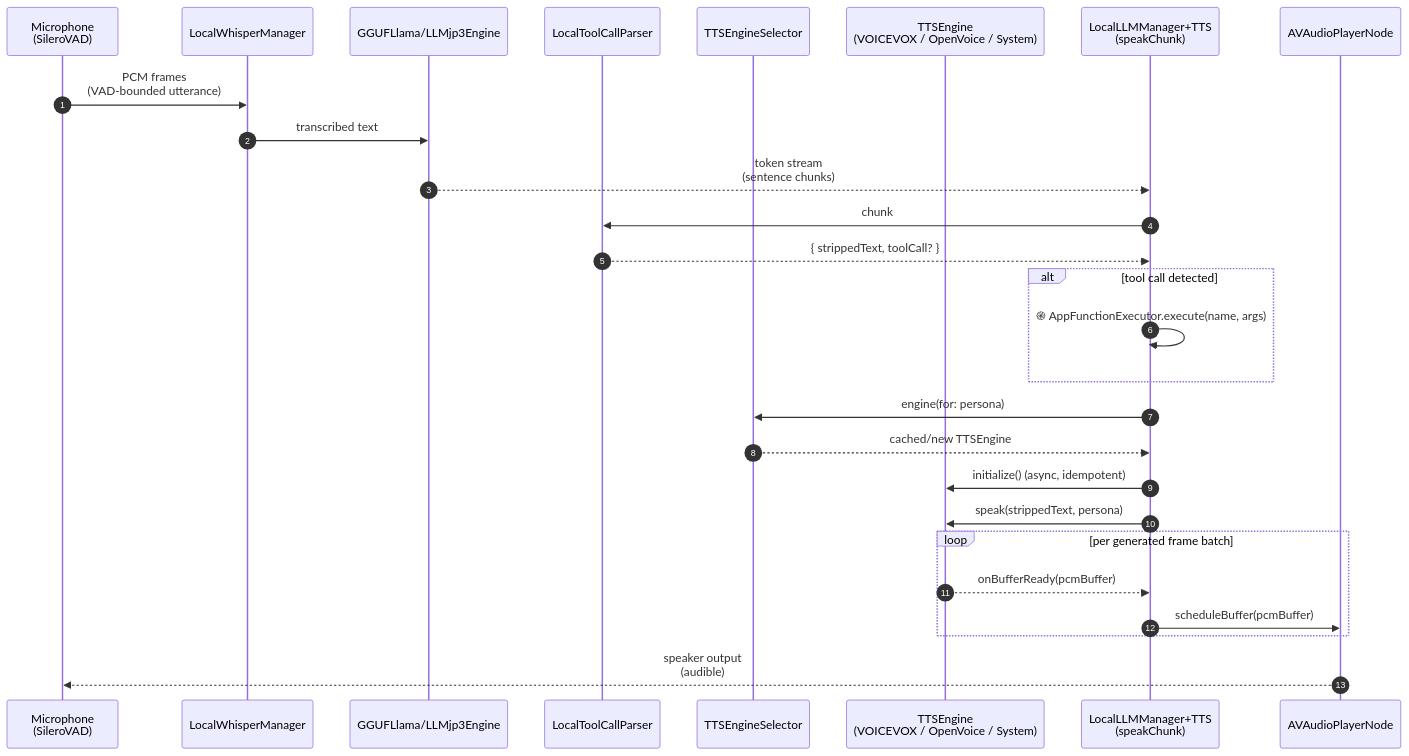
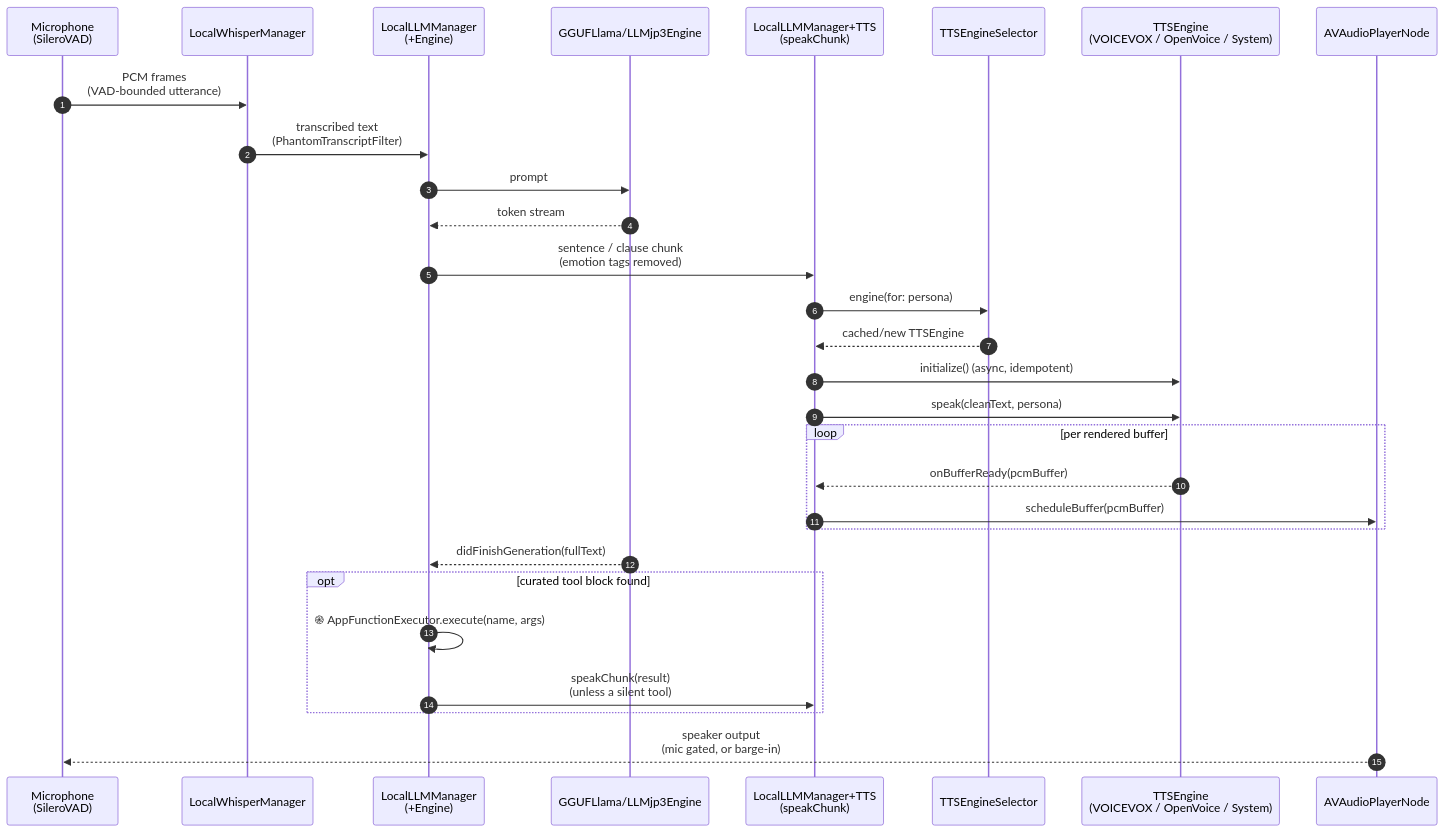
Before and after one commit to kevinliddel/NeuraLink: the second of 3 diagrams in docs/AI/LLM_VOICE.md, drawn with Mermaid. The commit also changed other lines of this file and 21 other files, not shown here.

````diff
--- a/docs/AI/LLM_VOICE.md
+++ b/docs/AI/LLM_VOICE.md
@@ -54,30 +56,32 @@
 ```mermaid
 sequenceDiagram
     autonumber
     participant Mic as Microphone<br/>(SileroVAD)
     participant Whisper as LocalWhisperManager
+    participant Mgr as LocalLLMManager<br/>(+Engine)
     participant LLM as GGUFLlama/LLMjp3Engine
-    participant Parser as LocalToolCallParser
+    participant Pump as LocalLLMManager+TTS<br/>(speakChunk)
     participant Sel as TTSEngineSelector
     participant Eng as TTSEngine<br/>(VOICEVOX / OpenVoice / System)
-    participant Pump as LocalLLMManager+TTS<br/>(speakChunk)
     participant Player as AVAudioPlayerNode
 
     Mic->>Whisper: PCM frames<br/>(VAD-bounded utterance)
-    Whisper->>LLM: transcribed text
-    LLM-->>Pump: token stream<br/>(sentence chunks)
-    Pump->>Parser: chunk
-    Parser-->>Pump: { strippedText, toolCall? }
-    alt tool call detected
-        Pump->>Pump: ֎ AppFunctionExecutor.execute(name, args)
-    end
+    Whisper->>Mgr: transcribed text<br/>(PhantomTranscriptFilter)
+    Mgr->>LLM: prompt
+    LLM-->>Mgr: token stream
+    Mgr->>Pump: sentence / clause chunk<br/>(emotion tags removed)
     Pump->>Sel: engine(for: persona)
     Sel-->>Pump: cached/new TTSEngine
     Pump->>Eng: initialize() (async, idempotent)
-    Pump->>Eng: speak(strippedText, persona)
-    loop per generated frame batch
+    Pump->>Eng: speak(cleanText, persona)
+    loop per rendered buffer
         Eng-->>Pump: onBufferReady(pcmBuffer)
         Pump->>Player: scheduleBuffer(pcmBuffer)
     end
-    Player-->>Mic: speaker output<br/>(audible)
+    LLM-->>Mgr: didFinishGeneration(fullText)
+    opt curated tool block found
+        Mgr->>Mgr: ֎ AppFunctionExecutor.execute(name, args)
+        Mgr->>Pump: speakChunk(result)<br/>(unless a silent tool)
+    end
+    Player-->>Mic: speaker output<br/>(mic gated, or barge-in)
 ```
````
